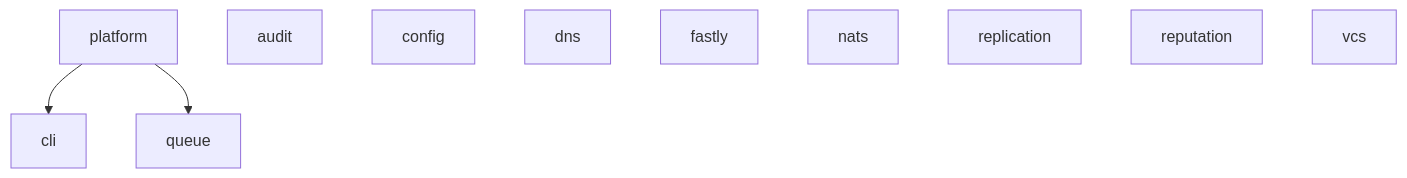
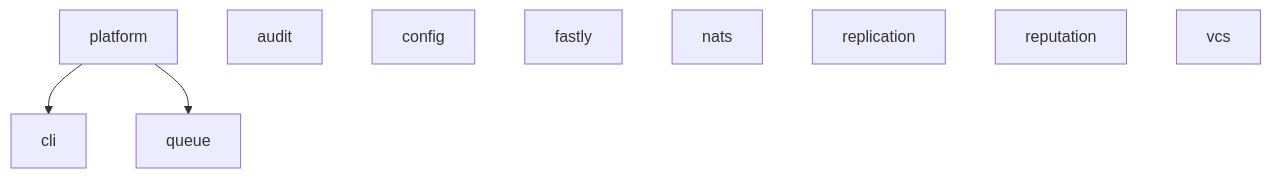
Before and after one commit to utopia-php/monorepo: the diagram in README.md, drawn with Mermaid. The commit also changed other lines of this file and 71 other files, not shown here.

````diff
--- a/README.md
+++ b/README.md
@@ -52,13 +52,12 @@
 ```mermaid
 graph TD
     platform --> cli
     platform --> queue
     audit
     config
-    dns
     fastly
     nats
     replication
     reputation
     vcs
 ```
````
